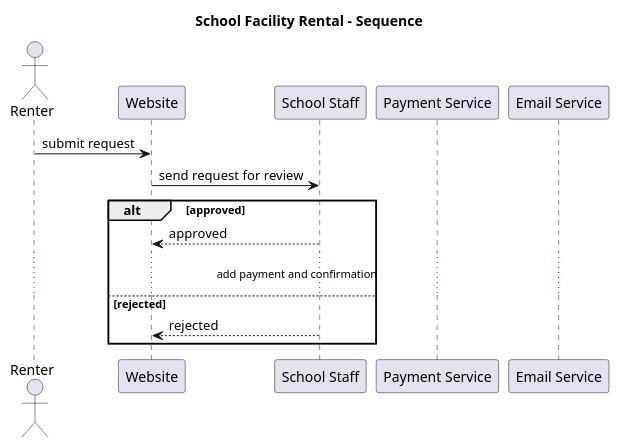
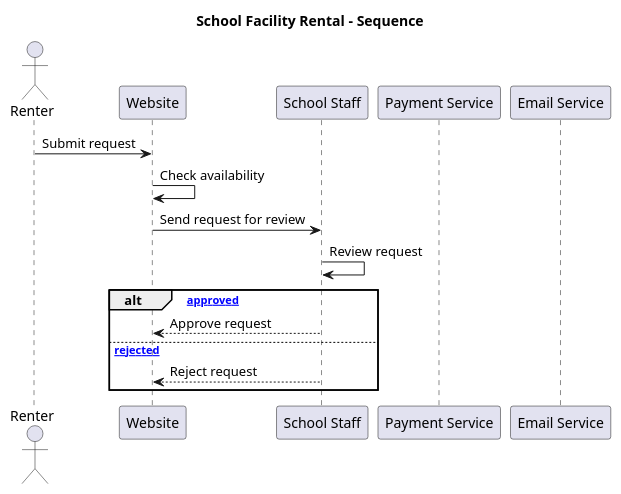
Before and after one commit to DylanHH11/CS-3560-HW_6_UML_2_Sequence_Activity: the diagram in rentalSequence.puml, drawn with PlantUML. The commit also changed 1 other file, not shown here.

Commit message:
Add request review sequence flow

```diff
--- a/rentalSequence.puml
+++ b/rentalSequence.puml
@@ -1,19 +1,21 @@
 @startuml
 title School Facility Rental - Sequence
 
 actor Renter
 participant Website
 participant "School Staff" as Staff
 participant "Payment Service" as Pay
 participant "Email Service" as Email
 
-Renter -> Website: submit request
-Website -> Staff: send request for review
+Renter -> Website: Submit request
+Website -> Website: Check availability
+Website -> Staff: Send request for review
+Staff -> Staff: Review request
 
-alt approved
-  Staff --> Website: approved
-  ... add payment and confirmation ...
-else rejected
-  Staff --> Website: rejected
+alt [approved]
+    Staff --> Website: Approve request
+
+else [rejected]
+    Staff --> Website: Reject request
 end
 @enduml
```
